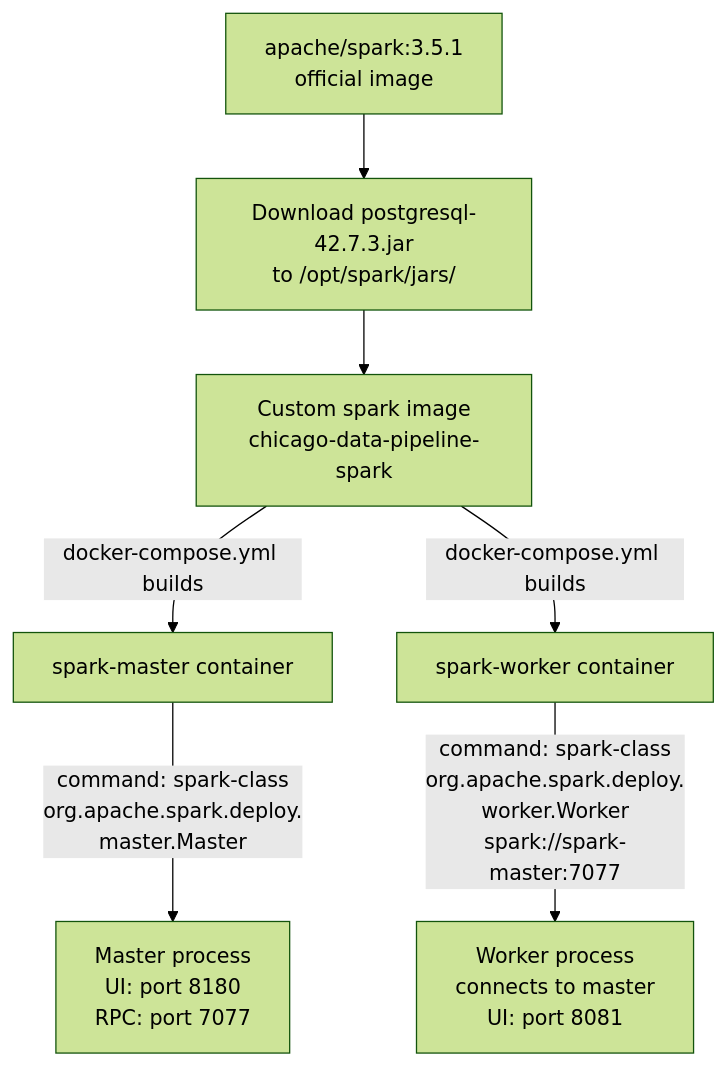
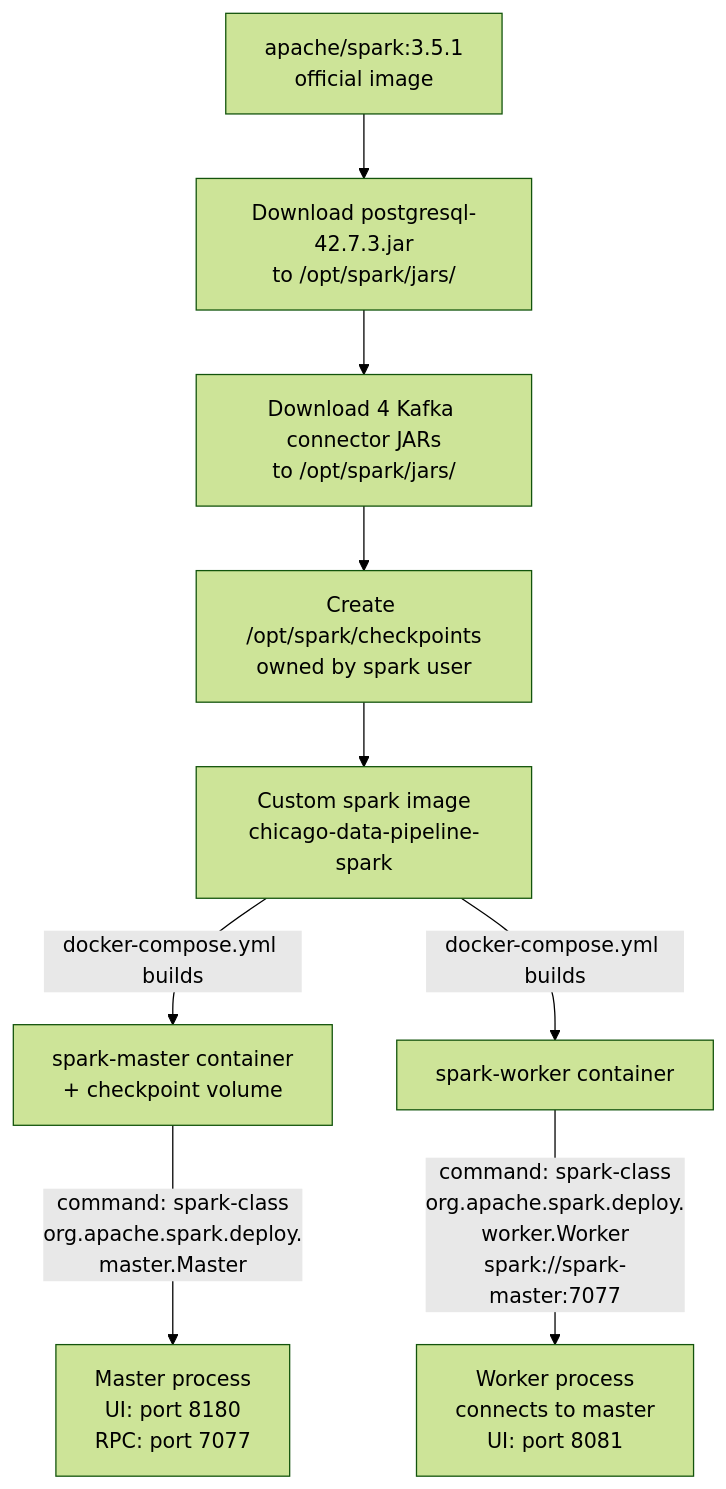
The third of 12 diagrams in docs/knowledge/architecture.md (SagarMarthandan/chicago-data-pipeline), drawn with Mermaid (forest theme) before and after one commit. The commit also changed other lines of this file and 11 other files, not shown here.

````diff
--- a/docs/knowledge/architecture.md
+++ b/docs/knowledge/architecture.md
@@ -77,13 +77,17 @@
 ```mermaid
 graph TB
     BASE["apache/spark:3.5.1<br/>official image"]
-    DOWNLOAD["Download postgresql-42.7.3.jar<br/>to /opt/spark/jars/"]
-    BASE --> DOWNLOAD
-    DOWNLOAD --> CUSTOM["Custom spark image<br/>chicago-data-pipeline-spark"]
+    JDBC["Download postgresql-42.7.3.jar<br/>to /opt/spark/jars/"]
+    KAFKA["Download 4 Kafka connector JARs<br/>to /opt/spark/jars/"]
+    CKPT["Create /opt/spark/checkpoints<br/>owned by spark user"]
+    BASE --> JDBC
+    JDBC --> KAFKA
+    KAFKA --> CKPT
+    CKPT --> CUSTOM["Custom spark image<br/>chicago-data-pipeline-spark"]
 
-    CUSTOM -->|"docker-compose.yml builds"| SM["spark-master container"]
+    CUSTOM -->|"docker-compose.yml builds"| SM["spark-master container<br/>+ checkpoint volume"]
     CUSTOM -->|"docker-compose.yml builds"| SW["spark-worker container"]
 
     SM -->|"command: spark-class<br/>org.apache.spark.deploy.<br/>master.Master"| MASTER["Master process<br/>UI: port 8180<br/>RPC: port 7077"]
     SW -->|"command: spark-class<br/>org.apache.spark.deploy.<br/>worker.Worker<br/>spark://spark-master:7077"| WORKER["Worker process<br/>connects to master<br/>UI: port 8081"]
 ```
````
